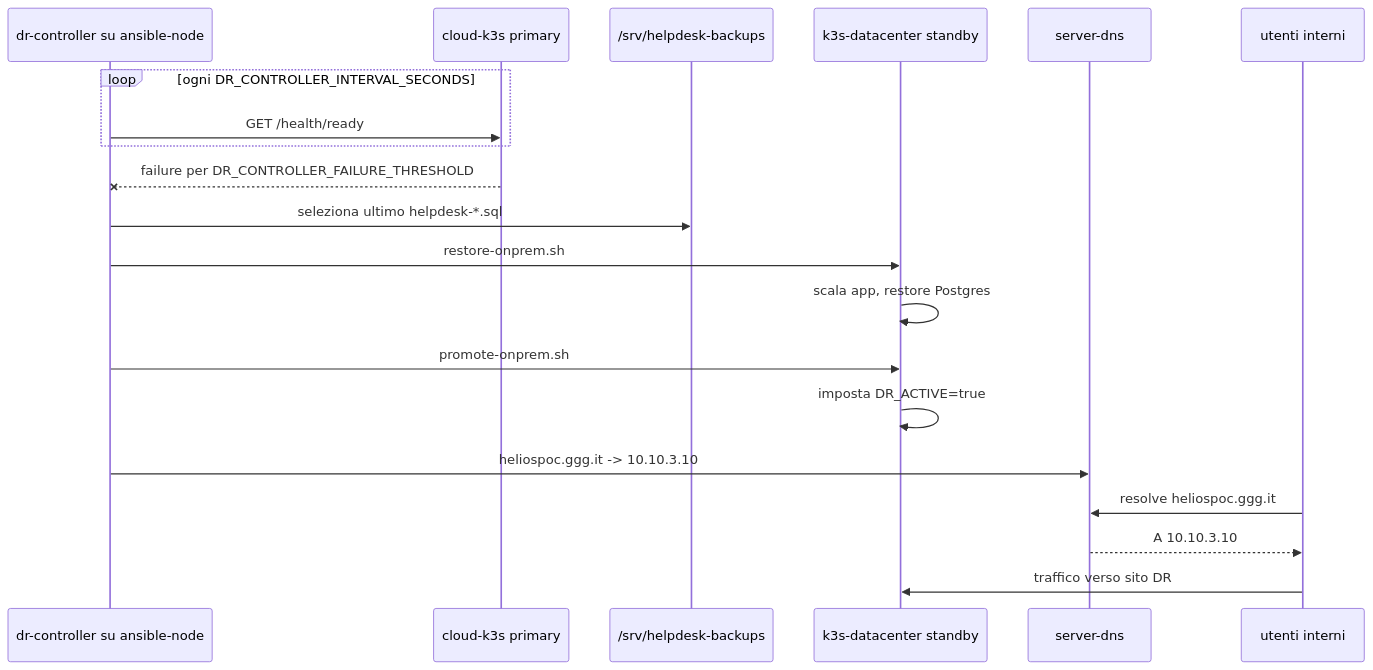
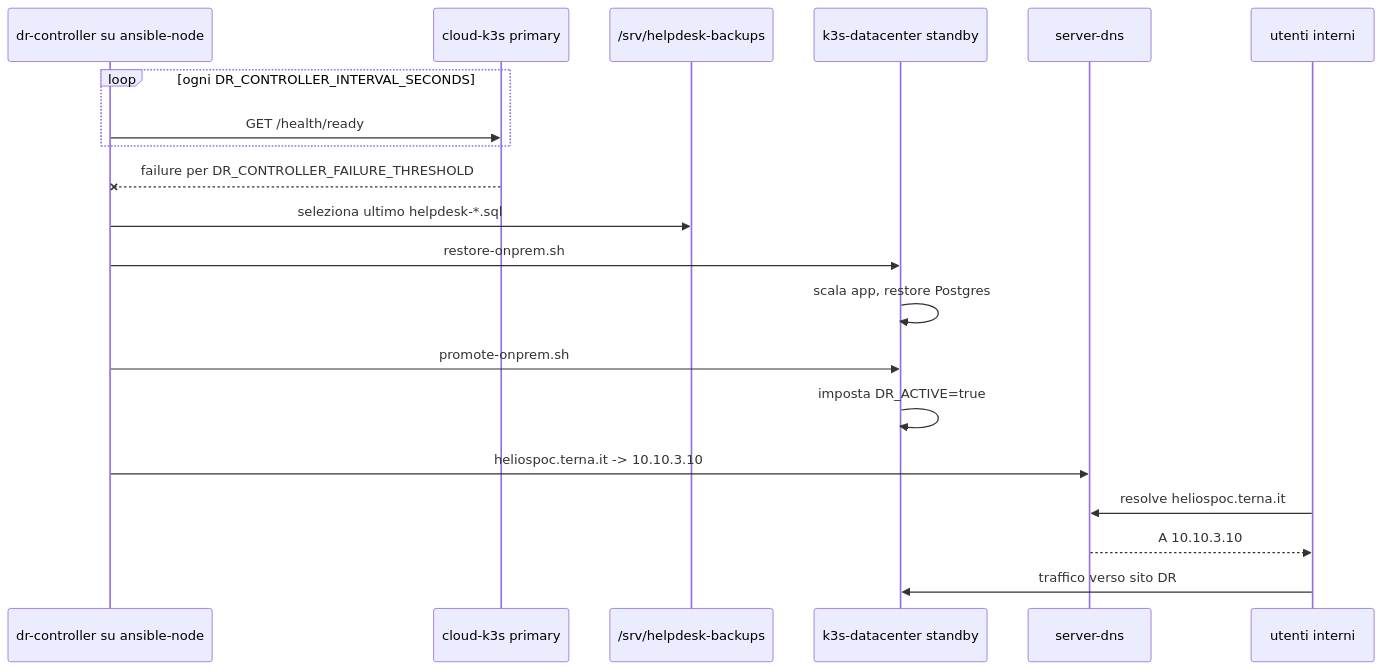
One commit to LucaCatalano23/MultiCloud-strategy---Reverse-DR changed the fourth of 4 diagrams in automazione/topologia-progetto.md. Above: the diagram before and after it, drawn with Mermaid. The commit also changed other lines of this file and 24 other files, not shown here.

````diff
--- a/automazione/topologia-progetto.md
+++ b/automazione/topologia-progetto.md
@@ -170,24 +170,24 @@
 ```mermaid
 sequenceDiagram
   participant Controller as dr-controller su ansible-node
   participant Cloud as cloud-k3s primary
   participant Backup as /srv/helpdesk-backups
   participant OnPrem as k3s-datacenter standby
   participant DNS as server-dns
   participant Client as utenti interni
 
   loop ogni DR_CONTROLLER_INTERVAL_SECONDS
     Controller->>Cloud: GET /health/ready
   end
 
   Cloud--xController: failure per DR_CONTROLLER_FAILURE_THRESHOLD
   Controller->>Backup: seleziona ultimo helpdesk-*.sql
   Controller->>OnPrem: restore-onprem.sh
   OnPrem->>OnPrem: scala app, restore Postgres
   Controller->>OnPrem: promote-onprem.sh
   OnPrem->>OnPrem: imposta DR_ACTIVE=true
-  Controller->>DNS: heliospoc.ggg.it -> 10.10.3.10
-  Client->>DNS: resolve heliospoc.ggg.it
+  Controller->>DNS: heliospoc.terna.it -> 10.10.3.10
+  Client->>DNS: resolve heliospoc.terna.it
   DNS-->>Client: A 10.10.3.10
   Client->>OnPrem: traffico verso sito DR
 ```
````
